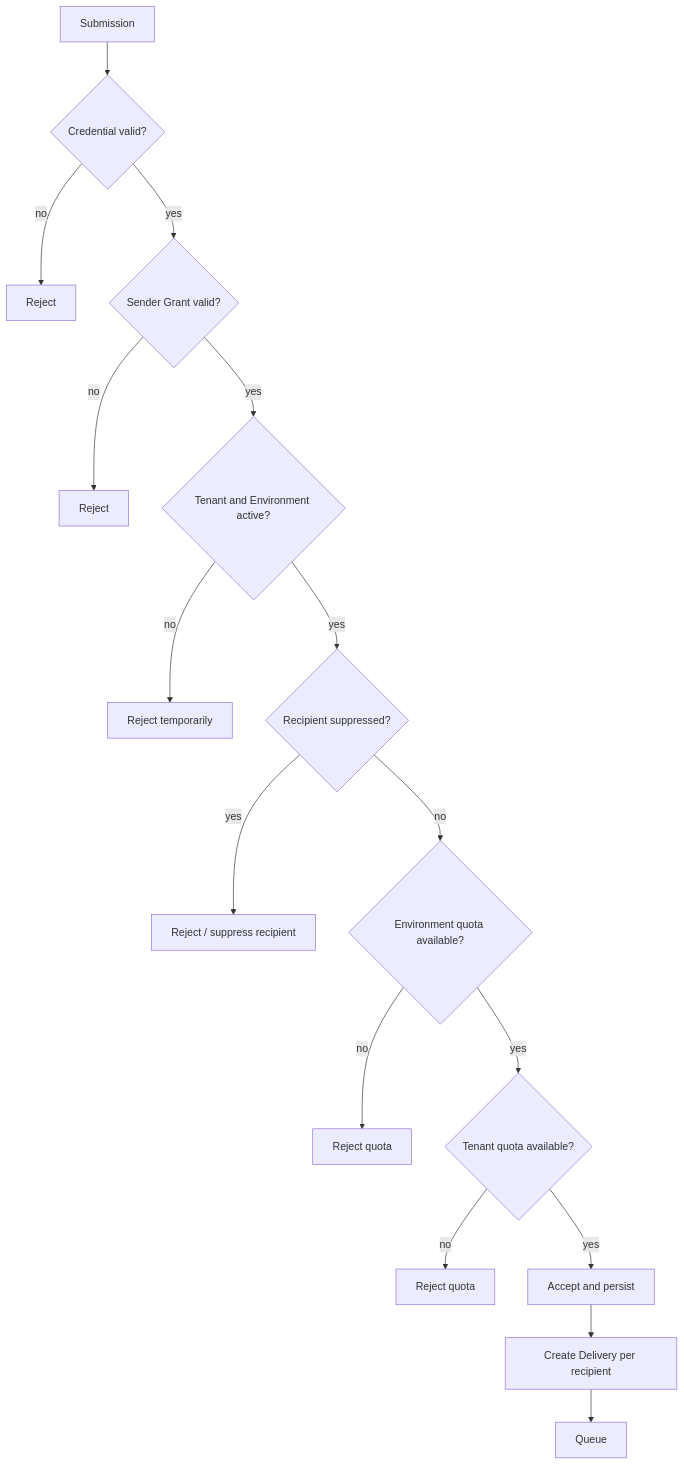
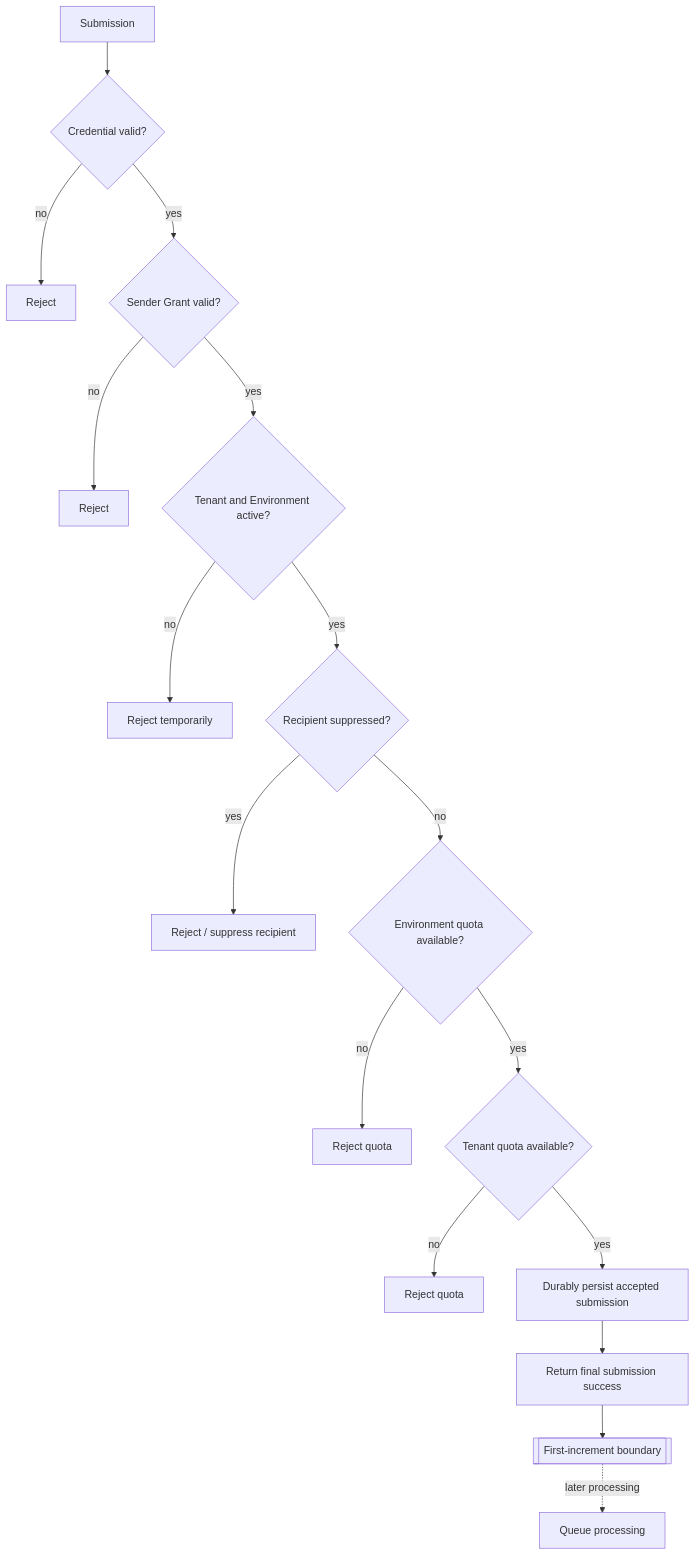
One commit to viiag7/ProjectVelaris changed the first of 2 diagrams in docs/architecture/message-lifecycle.md. Above: the diagram before and after it, drawn with Mermaid. The commit also changed other lines of this file and 6 other files, not shown here.

````diff
--- a/docs/architecture/message-lifecycle.md
+++ b/docs/architecture/message-lifecycle.md
@@ -5,18 +5,19 @@
 ```mermaid
 flowchart TD
     S[Submission] --> AUTH{Credential valid?}
     AUTH -- no --> R1[Reject]
     AUTH -- yes --> SG{Sender Grant valid?}
     SG -- no --> R2[Reject]
     SG -- yes --> ST{Tenant and Environment active?}
     ST -- no --> R3[Reject temporarily]
     ST -- yes --> SUP{Recipient suppressed?}
     SUP -- yes --> R4[Reject / suppress recipient]
     SUP -- no --> EQ{Environment quota available?}
     EQ -- no --> R5[Reject quota]
     EQ -- yes --> TQ{Tenant quota available?}
     TQ -- no --> R6[Reject quota]
-    TQ -- yes --> ACCEPT[Accept and persist]
-    ACCEPT --> DEL[Create Delivery per recipient]
-    DEL --> QUEUE[Queue]
+    TQ -- yes --> ACCEPT[Durably persist accepted submission]
+    ACCEPT --> ACK[Return final submission success]
+    ACK --> STOP[[First-increment boundary]]
+    STOP -. later processing .-> QUEUE[Queue processing]
 ```
````
